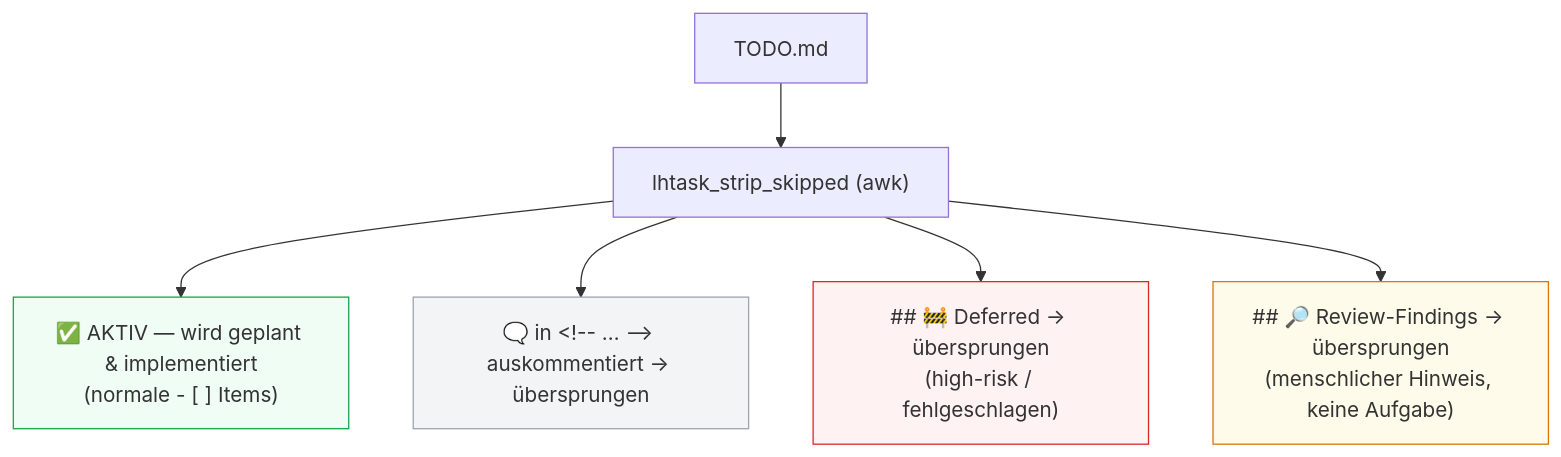
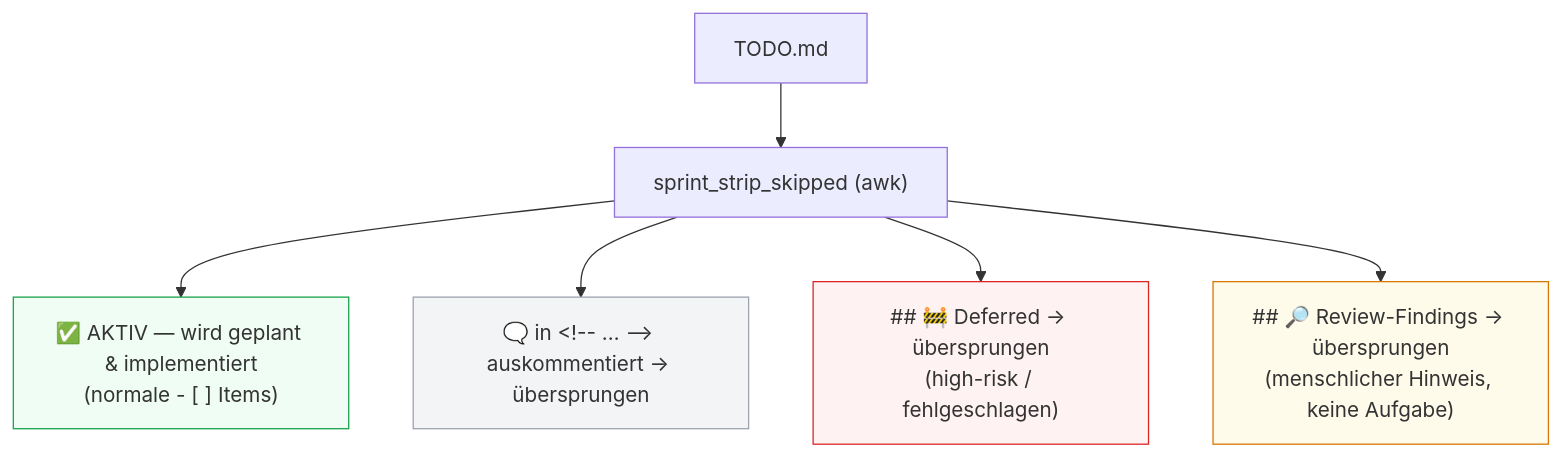
Before and after one commit to leonhoffmann86/team-sprint: the eighth of 12 diagrams in ARCHITECTURE.md, drawn with Mermaid. The commit also changed other lines of this file and 30 other files, not shown here.

First line of the commit message:
rename: LHTask → Sprint (v1.0.0)

````diff
--- a/ARCHITECTURE.md
+++ b/ARCHITECTURE.md
@@ -413,13 +413,13 @@
 ```mermaid
 flowchart TB
-    FILE["TODO.md"] --> STRIP["lhtask_strip_skipped (awk)"]
+    FILE["TODO.md"] --> STRIP["sprint_strip_skipped (awk)"]
     STRIP --> ACTIVE["✅ AKTIV — wird geplant & implementiert<br/>(normale - [ ] Items)"]
     STRIP --> SKIP1["🗨️ in &lt;!-- … --&gt; auskommentiert → übersprungen"]
     STRIP --> SKIP2["## 🚧 Deferred → übersprungen<br/>(high-risk / fehlgeschlagen)"]
     STRIP --> SKIP3["## 🔎 Review-Findings → übersprungen<br/>(menschlicher Hinweis, keine Aufgabe)"]
 
     style ACTIVE fill:#f0fdf4,stroke:#16a34a
     style SKIP1 fill:#f3f4f6,stroke:#9ca3af
     style SKIP2 fill:#fef2f2,stroke:#dc2626
     style SKIP3 fill:#fffbeb,stroke:#d97706
 ```
````
